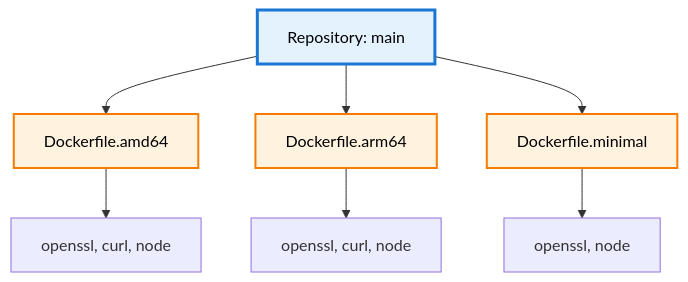
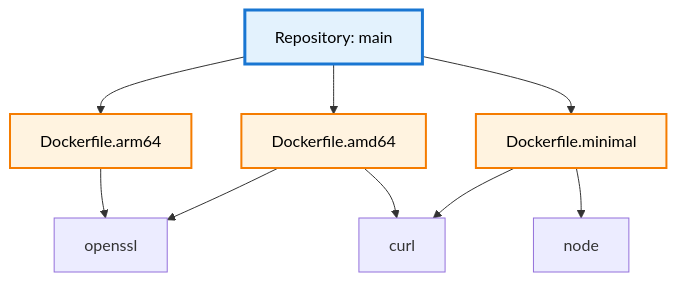
Before and after one commit to l3montree-dev/devguard-documentation: the diagram in src/pages/explanations/core-concepts/artifacts.mdx, drawn with Mermaid. The commit also changed other lines of this file and 2 other files, not shown here.

````diff
--- a/src/pages/explanations/core-concepts/artifacts.mdx
+++ b/src/pages/explanations/core-concepts/artifacts.mdx
@@ -8,15 +13,18 @@
 ```mermaid
 graph TD
     A[Repository: main] --> B[Dockerfile.amd64]
     A --> C[Dockerfile.arm64]
     A --> D[Dockerfile.minimal]
+
     
-    B --> E[openssl, curl, node]
-    C --> F[openssl, curl, node]
-    D --> G[openssl, node]
+    B --> openssl
+    C --> openssl
+    D --> curl
+    B --> curl
+    D --> node
     
     style A fill:#e3f2fd,stroke:#1976d2,stroke-width:3px,color:#000
     style B fill:#fff3e0,stroke:#f57c00,stroke-width:2px,color:#000
     style C fill:#fff3e0,stroke:#f57c00,stroke-width:2px,color:#000
     style D fill:#fff3e0,stroke:#f57c00,stroke-width:2px,color:#000
 ```
````
